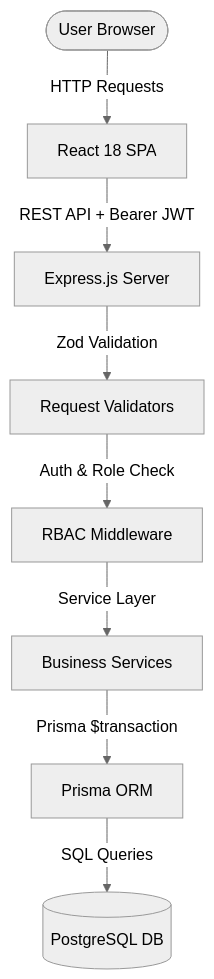
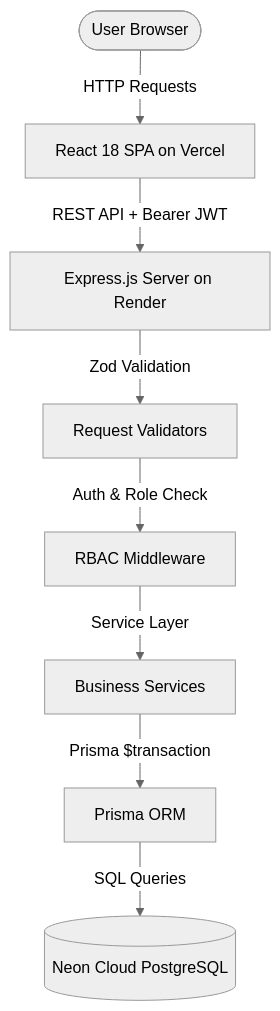
The diagram in README.md (Sachinshekhar82/Mini-ERP-CRM), drawn with Mermaid (neutral theme) before and after one commit. The commit also changed other lines of this file and 2 other files, not shown here.

Commit message:
docs: update README with live deployment URLs, demo credentials, architecture summary, and add PDF documentation

````diff
--- a/README.md
+++ b/README.md
@@ -116,10 +131,10 @@
 ```mermaid
 graph TD
-    User([User Browser]) -->|HTTP Requests| ReactApp[React 18 SPA]
-    ReactApp -->|REST API + Bearer JWT| ExpressServer[Express.js Server]
+    User([User Browser]) -->|HTTP Requests| ReactApp[React 18 SPA on Vercel]
+    ReactApp -->|REST API + Bearer JWT| ExpressServer[Express.js Server on Render]
     ExpressServer -->|Zod Validation| Validators[Request Validators]
     Validators -->|Auth & Role Check| AuthMiddleware[RBAC Middleware]
     AuthMiddleware -->|Service Layer| Services[Business Services]
     Services -->|Prisma $transaction| PrismaORM[Prisma ORM]
-    PrismaORM -->|SQL Queries| Database[(PostgreSQL DB)]
+    PrismaORM -->|SQL Queries| Database[(Neon Cloud PostgreSQL)]
 ```
````
